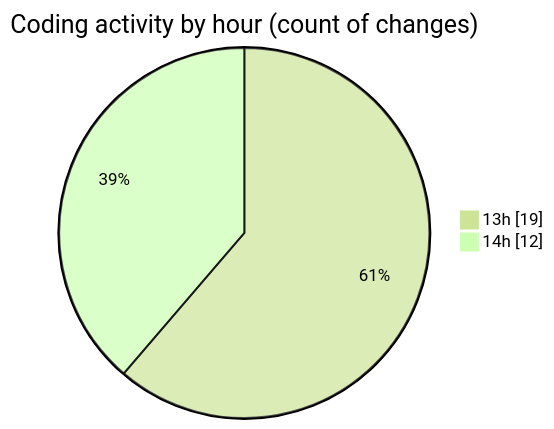
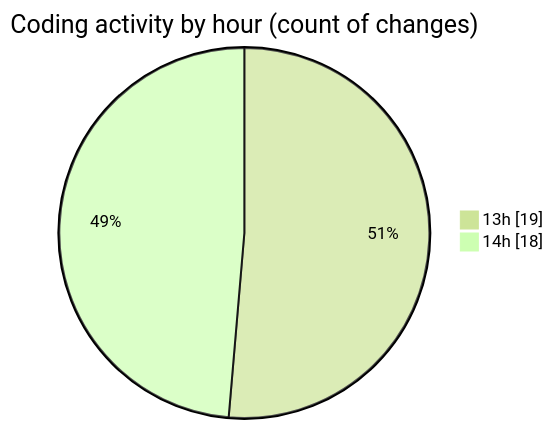
One commit to robertbonfada/code-tracking changed the second of 2 diagrams in 2025-03-03/kart-online/README.md. Above: the diagram before and after it, drawn with Mermaid (forest theme). The commit also changed other lines of this file and 1 other file, not shown here.

````diff
--- a/2025-03-03/kart-online/README.md
+++ b/2025-03-03/kart-online/README.md
@@ -42,6 +46,6 @@
 ```mermaid
 pie showData
 title Coding activity by hour (count of changes)
 "13h" : 19
-"14h" : 12
+"14h" : 18
 ```
````
